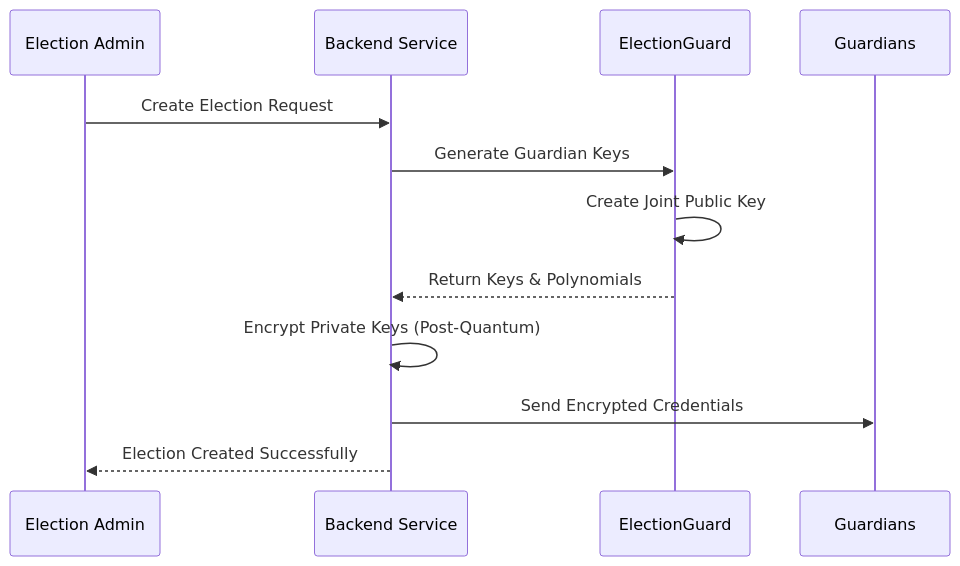
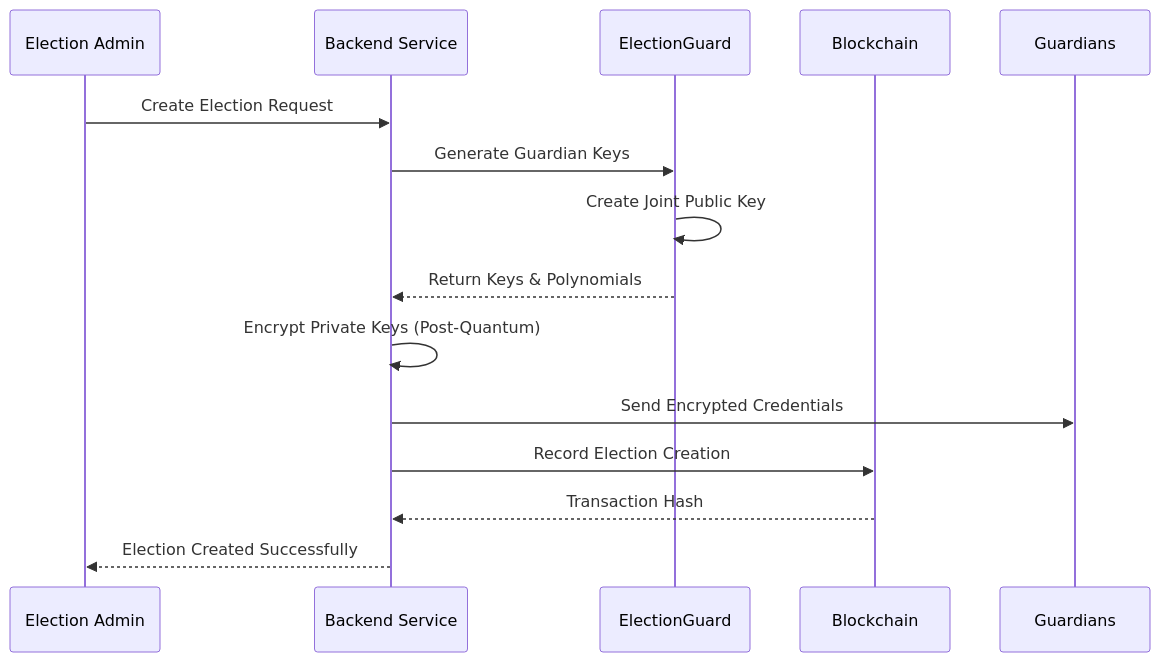
One commit to TAR2003/AmarVote changed the first of 3 diagrams in README.md. Above: the diagram before and after it, drawn with Mermaid. The commit also changed other lines of this file and 82 other files, not shown here.

````diff
--- a/README.md
+++ b/README.md
@@ -274,15 +284,18 @@
 ```mermaid
 sequenceDiagram
     participant Admin as Election Admin
     participant Backend as Backend Service
     participant EG as ElectionGuard
+    participant BC as Blockchain
     participant Guardians as Guardians
 
     Admin->>Backend: Create Election Request
     Backend->>EG: Generate Guardian Keys
     EG->>EG: Create Joint Public Key
     EG-->>Backend: Return Keys & Polynomials
     Backend->>Backend: Encrypt Private Keys (Post-Quantum)
     Backend->>Guardians: Send Encrypted Credentials
+    Backend->>BC: Record Election Creation
+    BC-->>Backend: Transaction Hash
     Backend-->>Admin: Election Created Successfully
 ```
````
